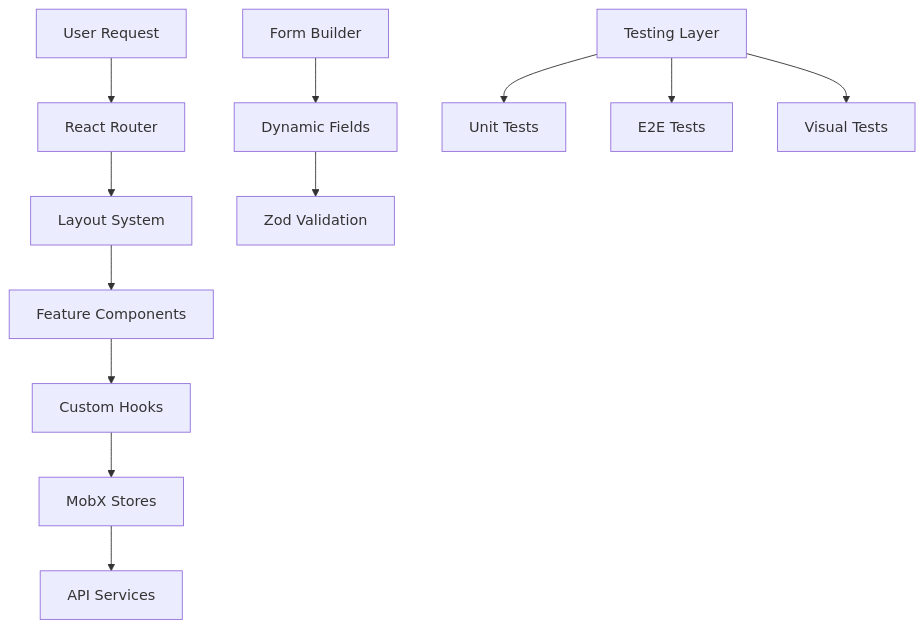
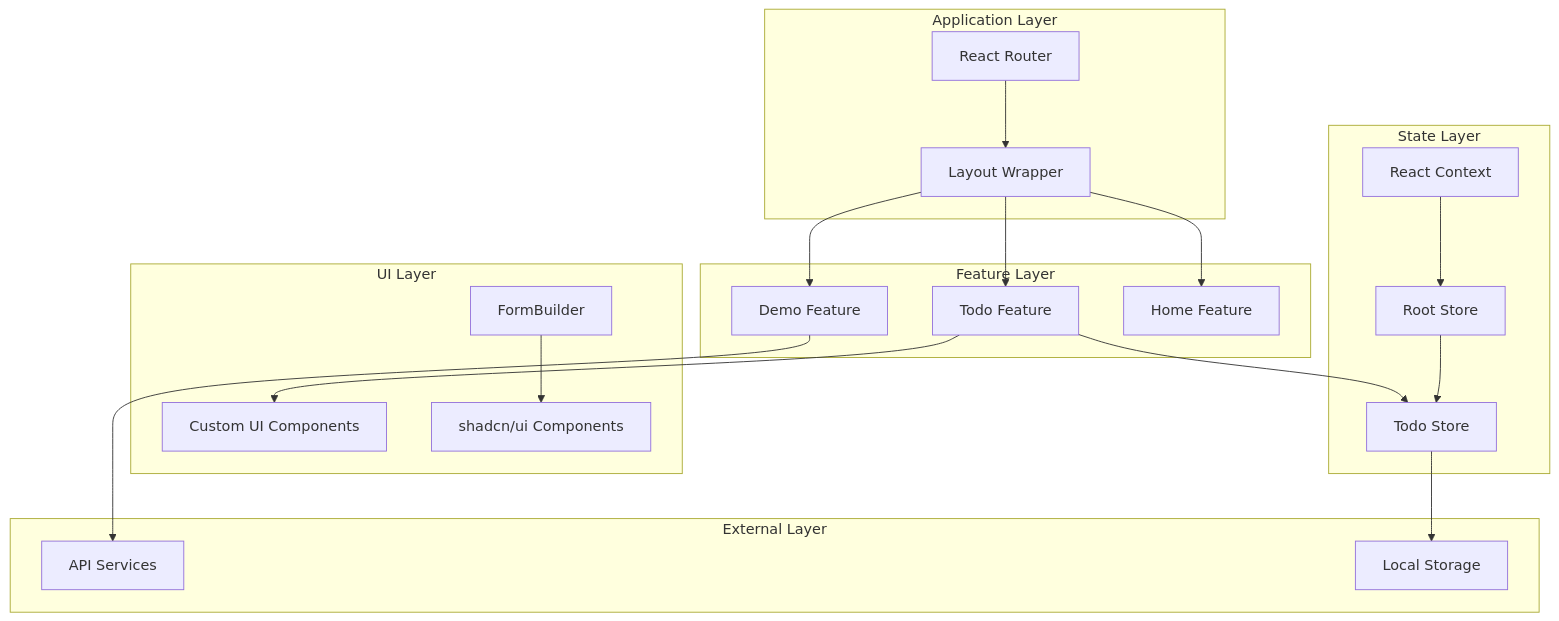
The diagram in README.md (letanure/react-mobx-starter), drawn with Mermaid before and after one commit.

Commit message:
docs: fix architecture diagram to show real application structure
- Replace linear flow with layered architecture
- Show actual components: Router, Layout, Features, UI components, Stores
- Display real relationships between layers
- Group related components in logical subgraphs
- Remove confusing linear flow that didn't represent actual app structure

🤖 Generated with [Claude Code](https://claude.ai/code)

````diff
--- a/README.md
+++ b/README.md
@@ -121,16 +121,44 @@
 ```mermaid
-graph TD
-    A[User Request] --> B[React Router]
-    B --> C[Layout System]
-    C --> D[Feature Components]
-    D --> E[Custom Hooks]
-    E --> F[MobX Stores]
-    F --> G[API Services]
+graph TB
+    subgraph "Application Layer"
+        Router[React Router]
+        Layout[Layout Wrapper]
+    end
     
-    H[Form Builder] --> I[Dynamic Fields]
-    I --> J[Zod Validation]
+    subgraph "Feature Layer"
+        Todo[Todo Feature]
+        Demo[Demo Feature]
+        Home[Home Feature]
+    end
     
-    K[Testing Layer] --> L[Unit Tests]
-    K --> M[E2E Tests]
-    K --> N[Visual Tests]
+    subgraph "UI Layer"
+        FormBuilder[FormBuilder]
+        CustomUI[Custom UI Components]
+        ShadcnUI[shadcn/ui Components]
+    end
+    
+    subgraph "State Layer"
+        RootStore[Root Store]
+        TodoStore[Todo Store]
+        Context[React Context]
+    end
+    
+    subgraph "External Layer"
+        API[API Services]
+        Storage[Local Storage]
+    end
+    
+    Router --> Layout
+    Layout --> Todo
+    Layout --> Demo
+    Layout --> Home
+    
+    Todo --> CustomUI
+    Todo --> TodoStore
+    Demo --> API
+    FormBuilder --> ShadcnUI
+    
+    RootStore --> TodoStore
+    Context --> RootStore
+    TodoStore --> Storage
 ```
````
